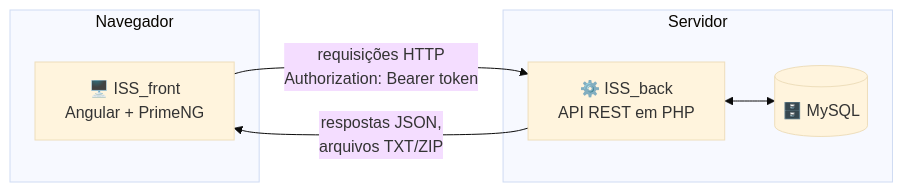
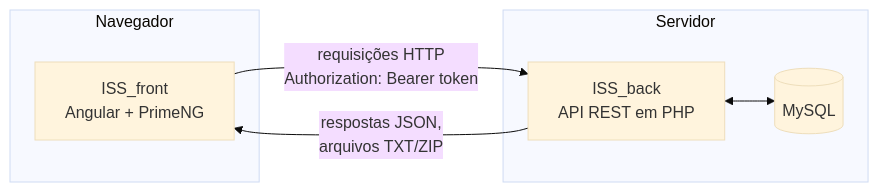
The second of 2 diagrams in README.md (vinicius-31008/ISS_front), drawn with Mermaid (base theme) before and after one commit. The commit also changed other lines of this file, not shown here.

````diff
--- a/README.md
+++ b/README.md
@@ -104,13 +104,13 @@
 ```mermaid
 flowchart LR
     subgraph Navegador
-        FE[🖥️ ISS_front<br/>Angular + PrimeNG]
+        FE[ ISS_front<br/>Angular + PrimeNG]
     end
     subgraph Servidor
-        API[⚙️ ISS_back<br/>API REST em PHP]
-        DB[(🗄️ MySQL)]
+        API[ ISS_back<br/>API REST em PHP]
+        DB[( MySQL)]
     end
     FE -- "requisições HTTP<br/>Authorization: Bearer token" --> API
     API -- "respostas JSON,<br/>arquivos TXT/ZIP" --> FE
     API <--> DB
 ```
````
